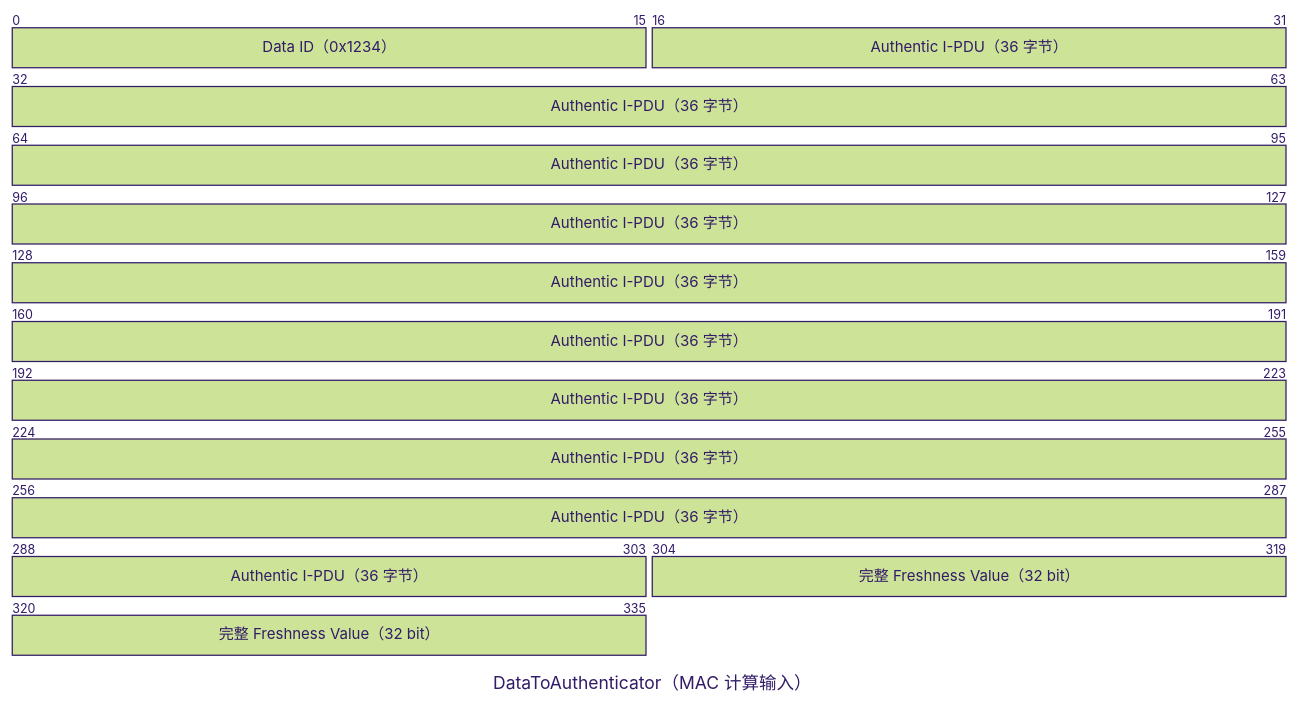
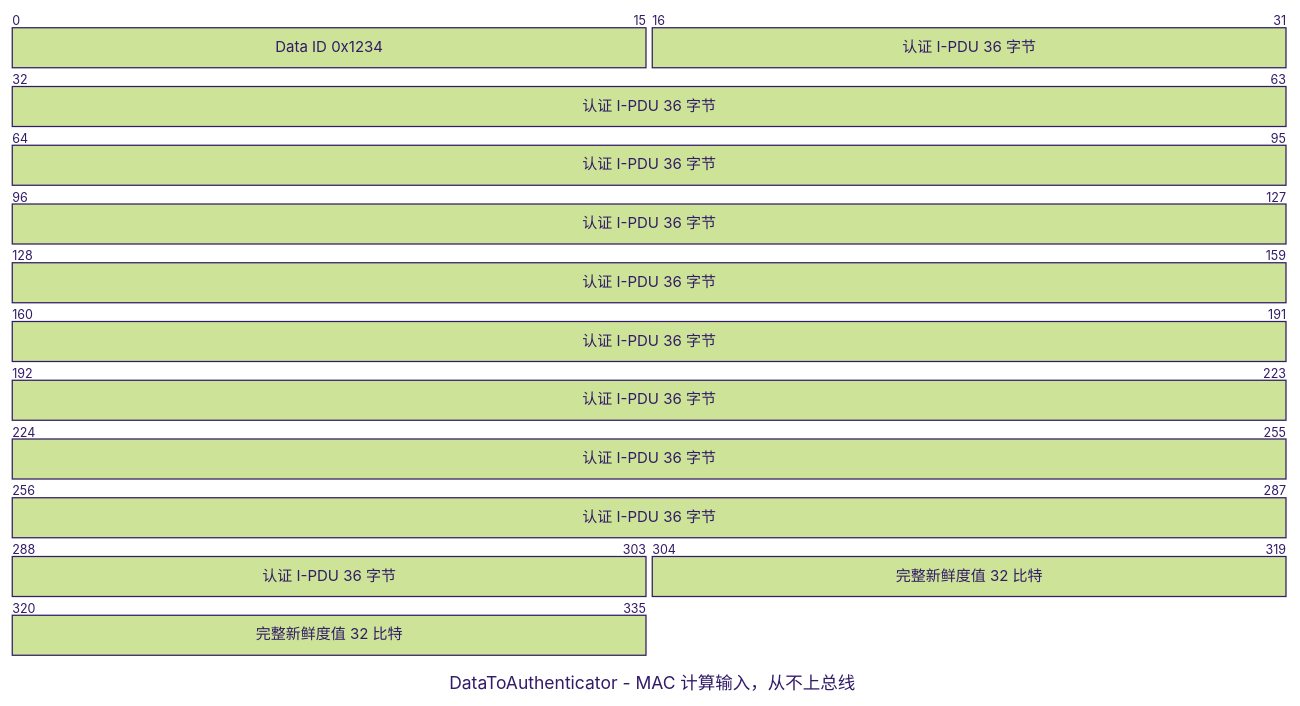
The second of 7 diagrams in doc/CN/SecOC.md (autoas/as), drawn with Mermaid (forest theme) before and after one commit. The commit also changed other lines of this file and 518 other files, not shown here.

````diff
--- a/doc/CN/SecOC.md
+++ b/doc/CN/SecOC.md
@@ -53,7 +230,7 @@
 ```mermaid
 packet-beta
-title DataToAuthenticator（MAC 计算输入）
-0-15: "Data ID（0x1234）"
-16-303: "Authentic I-PDU（36 字节）"
-304-335: "完整 Freshness Value（32 bit）"
+title DataToAuthenticator - MAC 计算输入，从不上总线
+0-15: "Data ID 0x1234"
+16-303: "认证 I-PDU 36 字节"
+304-335: "完整新鲜度值 32 比特"
 ```
````
